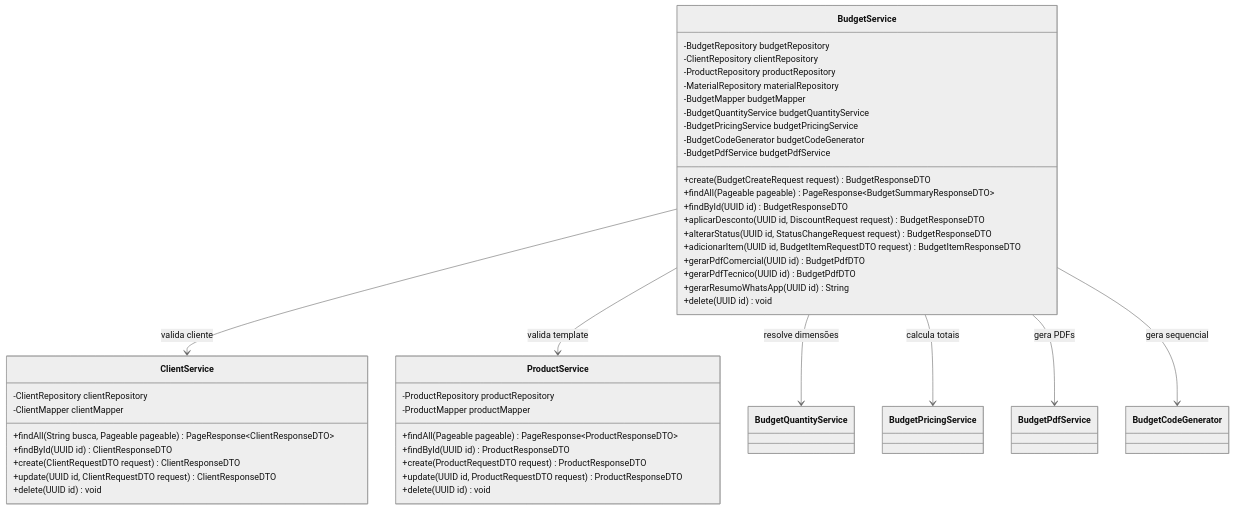
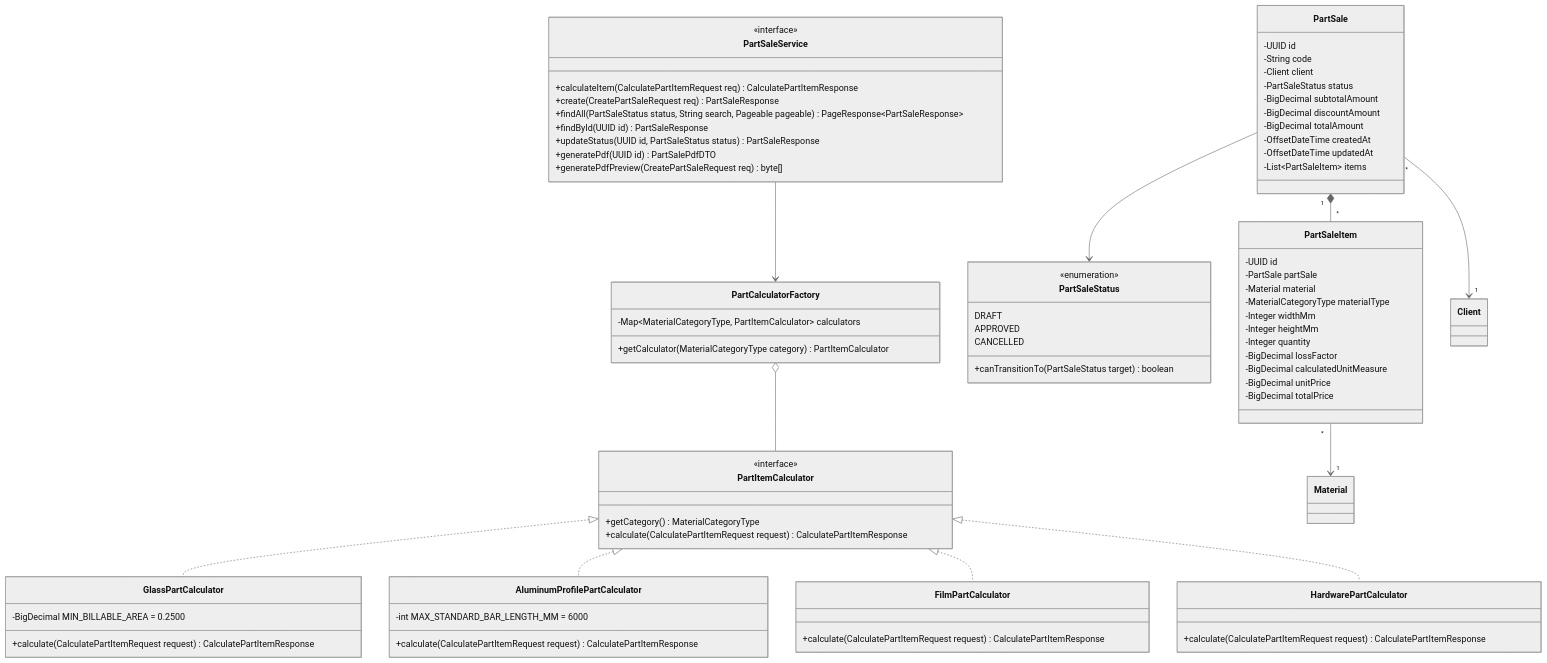
The third of 5 diagrams in docs/sistema/001-analise-projeto/DCC-Diagramas_de_Classes.md (ADS-IFPB-SR/alumigest), drawn with Mermaid (neutral theme) before and after one commit. The commit also changed other lines of this file and 33 other files, not shown here.

````diff
--- a/docs/sistema/001-analise-projeto/DCC-Diagramas_de_Classes.md
+++ b/docs/sistema/001-analise-projeto/DCC-Diagramas_de_Classes.md
@@ -326,51 +279,88 @@
 ```mermaid
 classDiagram
-    class ClientService {
-        -ClientRepository clientRepository
-        -ClientMapper clientMapper
-        +findAll(String busca, Pageable pageable) PageResponse~ClientResponseDTO~
-        +findById(UUID id) ClientResponseDTO
-        +create(ClientRequestDTO request) ClientResponseDTO
-        +update(UUID id, ClientRequestDTO request) ClientResponseDTO
-        +delete(UUID id) void
+    class PartSale {
+        -UUID id
+        -String code
+        -Client client
+        -PartSaleStatus status
+        -BigDecimal subtotalAmount
+        -BigDecimal discountAmount
+        -BigDecimal totalAmount
+        -OffsetDateTime createdAt
+        -OffsetDateTime updatedAt
+        -List~PartSaleItem~ items
     }
 
-    class ProductService {
-        -ProductRepository productRepository
-        -ProductMapper productMapper
-        +findAll(Pageable pageable) PageResponse~ProductResponseDTO~
-        +findById(UUID id) ProductResponseDTO
-        +create(ProductRequestDTO request) ProductResponseDTO
-        +update(UUID id, ProductRequestDTO request) ProductResponseDTO
-        +delete(UUID id) void
+    class PartSaleItem {
+        -UUID id
+        -PartSale partSale
+        -Material material
+        -MaterialCategoryType materialType
+        -Integer widthMm
+        -Integer heightMm
+        -Integer quantity
+        -BigDecimal lossFactor
+        -BigDecimal calculatedUnitMeasure
+        -BigDecimal unitPrice
+        -BigDecimal totalPrice
     }
 
-    class BudgetService {
-        -BudgetRepository budgetRepository
-        -ClientRepository clientRepository
-        -ProductRepository productRepository
-        -MaterialRepository materialRepository
-        -BudgetMapper budgetMapper
-        -BudgetQuantityService budgetQuantityService
-        -BudgetPricingService budgetPricingService
-        -BudgetCodeGenerator budgetCodeGenerator
-        -BudgetPdfService budgetPdfService
-        +create(BudgetCreateRequest request) BudgetResponseDTO
-        +findAll(Pageable pageable) PageResponse~BudgetSummaryResponseDTO~
-        +findById(UUID id) BudgetResponseDTO
-        +aplicarDesconto(UUID id, DiscountRequest request) BudgetResponseDTO
-        +alterarStatus(UUID id, StatusChangeRequest request) BudgetResponseDTO
-        +adicionarItem(UUID id, BudgetItemRequestDTO request) BudgetItemResponseDTO
-        +gerarPdfComercial(UUID id) BudgetPdfDTO
-        +gerarPdfTecnico(UUID id) BudgetPdfDTO
-        +gerarResumoWhatsApp(UUID id) String
-        +delete(UUID id) void
+    class PartSaleStatus {
+        <<enumeration>>
+        DRAFT
+        APPROVED
+        CANCELLED
+        +canTransitionTo(PartSaleStatus target) boolean
     }
 
-    BudgetService --> ClientService : valida cliente
-    BudgetService --> ProductService : valida template
-    BudgetService --> BudgetQuantityService : resolve dimensões
-    BudgetService --> BudgetPricingService : calcula totais
-    BudgetService --> BudgetPdfService : gera PDFs
-    BudgetService --> BudgetCodeGenerator : gera sequencial
+    class PartItemCalculator {
+        <<interface>>
+        +getCategory() MaterialCategoryType
+        +calculate(CalculatePartItemRequest request) CalculatePartItemResponse
+    }
+
+    class GlassPartCalculator {
+        -BigDecimal MIN_BILLABLE_AREA = 0.2500
+        +calculate(CalculatePartItemRequest request) CalculatePartItemResponse
+    }
+
+    class AluminumProfilePartCalculator {
+        -int MAX_STANDARD_BAR_LENGTH_MM = 6000
+        +calculate(CalculatePartItemRequest request) CalculatePartItemResponse
+    }
+
+    class FilmPartCalculator {
+        +calculate(CalculatePartItemRequest request) CalculatePartItemResponse
+    }
+
+    class HardwarePartCalculator {
+        +calculate(CalculatePartItemRequest request) CalculatePartItemResponse
+    }
+
+    class PartCalculatorFactory {
+        -Map~MaterialCategoryType, PartItemCalculator~ calculators
+        +getCalculator(MaterialCategoryType category) PartItemCalculator
+    }
+
+    class PartSaleService {
+        <<interface>>
+        +calculateItem(CalculatePartItemRequest req) CalculatePartItemResponse
+        +create(CreatePartSaleRequest req) PartSaleResponse
+        +findAll(PartSaleStatus status, String search, Pageable pageable) PageResponse~PartSaleResponse~
+        +findById(UUID id) PartSaleResponse
+        +updateStatus(UUID id, PartSaleStatus status) PartSaleResponse
+        +generatePdf(UUID id) PartSalePdfDTO
+        +generatePdfPreview(CreatePartSaleRequest req) byte[]
+    }
+
+    PartSale "1" *-- "*" PartSaleItem
+    PartSale --> PartSaleStatus
+    PartSale "*" --> "1" Client
+    PartSaleItem "*" --> "1" Material
+    PartItemCalculator <|.. GlassPartCalculator
+    PartItemCalculator <|.. AluminumProfilePartCalculator
+    PartItemCalculator <|.. FilmPartCalculator
+    PartItemCalculator <|.. HardwarePartCalculator
+    PartCalculatorFactory o-- PartItemCalculator
+    PartSaleService --> PartCalculatorFactory
 ```
````
